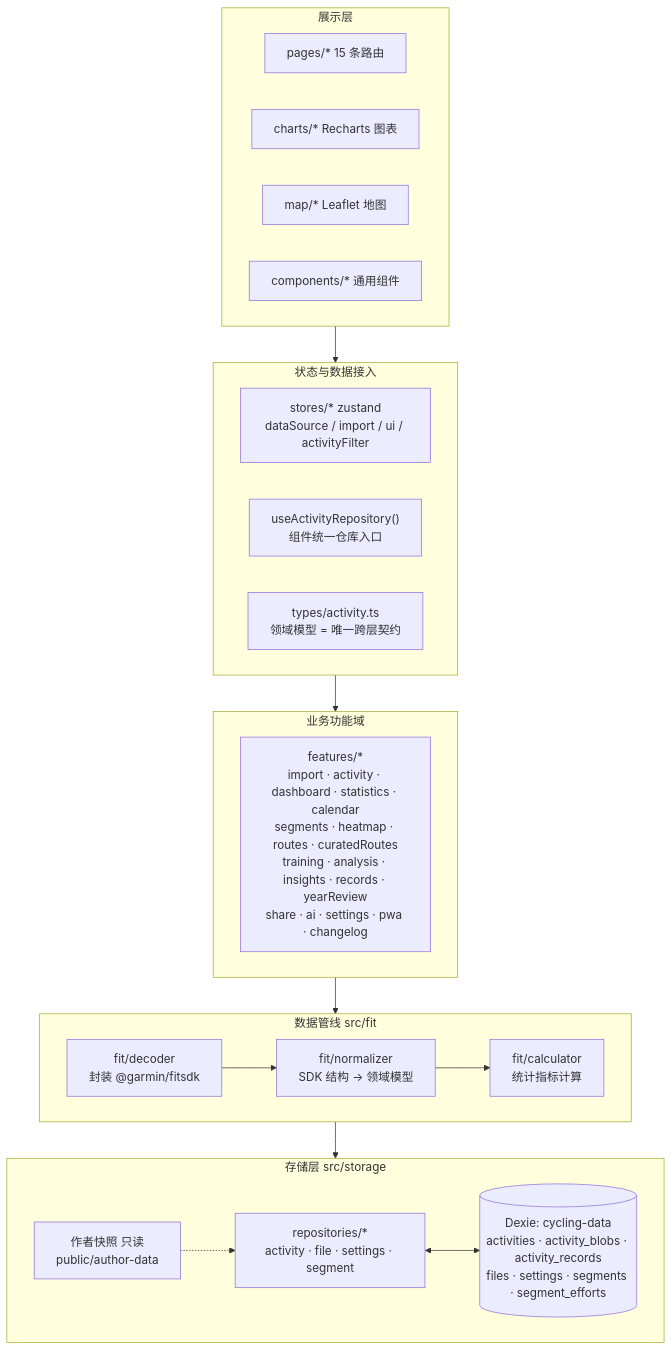
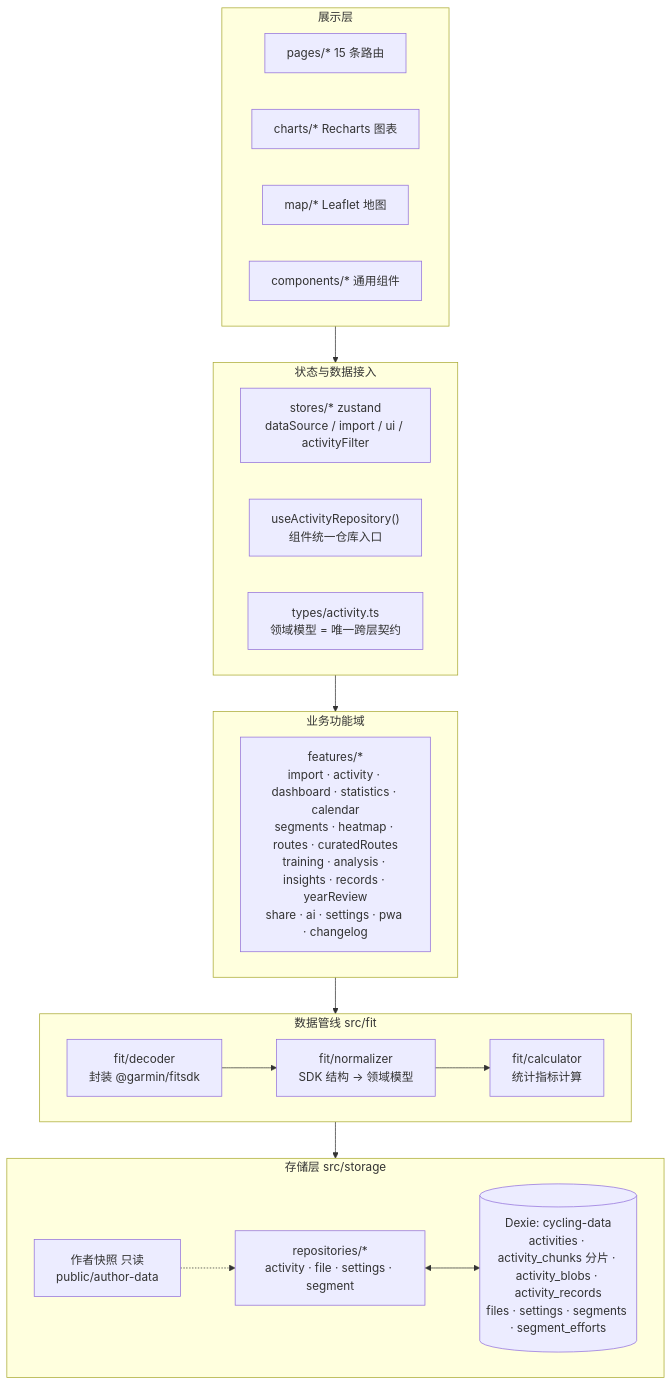
Before and after one commit to 999bug/cycling-analyzer: the first of 4 diagrams in docs/架构总览.md, drawn with Mermaid. The commit also changed other lines of this file and 10 other files, not shown here.

````diff
--- a/docs/架构总览.md
+++ b/docs/架构总览.md
@@ -30,28 +30,28 @@
 ```mermaid
 flowchart TD
     subgraph L1["展示层"]
         P["pages/* 15 条路由"]
         C["charts/* Recharts 图表"]
         M["map/* Leaflet 地图"]
         K["components/* 通用组件"]
     end
     subgraph L2["状态与数据接入"]
         S["stores/* zustand<br/>dataSource / import / ui / activityFilter"]
         H["useActivityRepository()<br/>组件统一仓库入口"]
         T["types/activity.ts<br/>领域模型 = 唯一跨层契约"]
     end
     subgraph L3["业务功能域"]
         F["features/*<br/>import · activity · dashboard · statistics · calendar<br/>segments · heatmap · routes · curatedRoutes<br/>training · analysis · insights · records · yearReview<br/>share · ai · settings · pwa · changelog"]
     end
     subgraph L4["数据管线 src/fit"]
         D["fit/decoder<br/>封装 @garmin/fitsdk"] --> N["fit/normalizer<br/>SDK 结构 → 领域模型"] --> CA["fit/calculator<br/>统计指标计算"]
     end
     subgraph L5["存储层 src/storage"]
         R["repositories/*<br/>activity · file · settings · segment"]
-        DB[("Dexie: cycling-data<br/>activities · activity_blobs · activity_records<br/>files · settings · segments · segment_efforts")]
+        DB[("Dexie: cycling-data<br/>activities · activity_chunks 分片 · activity_blobs · activity_records<br/>files · settings · segments · segment_efforts")]
         AU["作者快照 只读<br/>public/author-data"]
     end
     L1 --> L2 --> L3 --> L4 --> L5
     R <--> DB
     AU -.-> R
 ```
````
